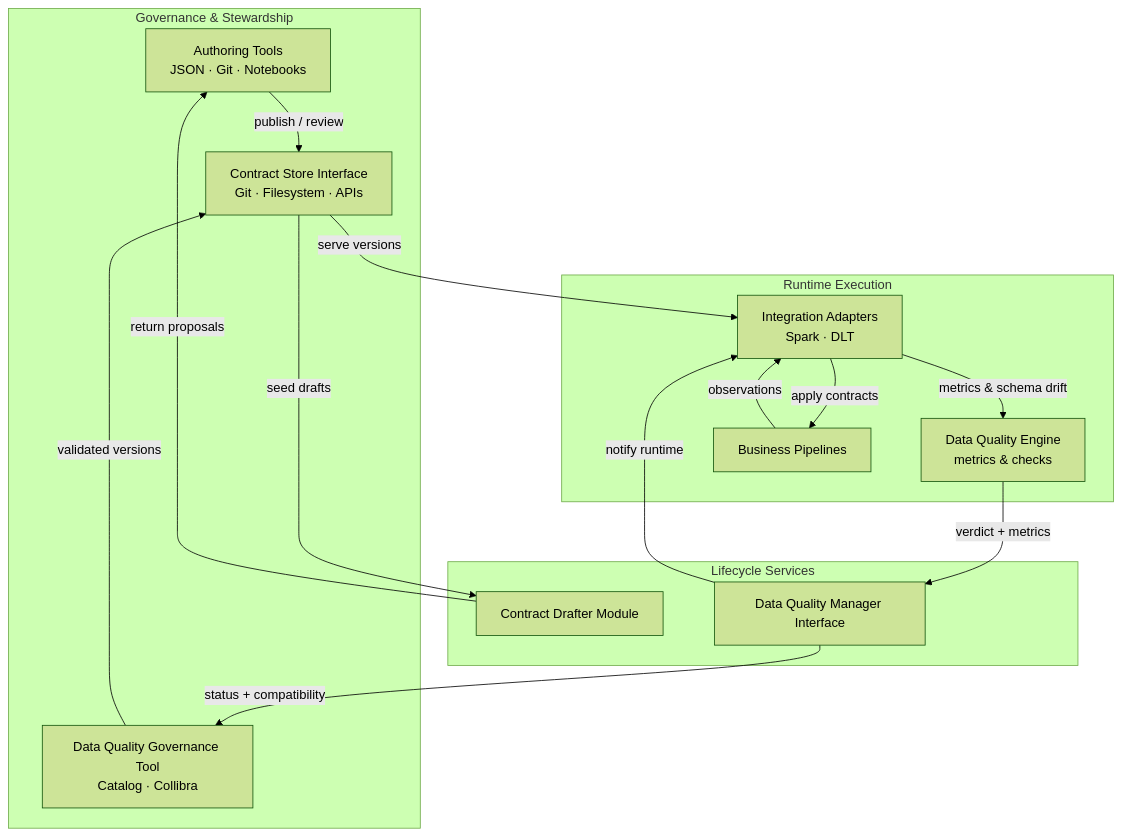
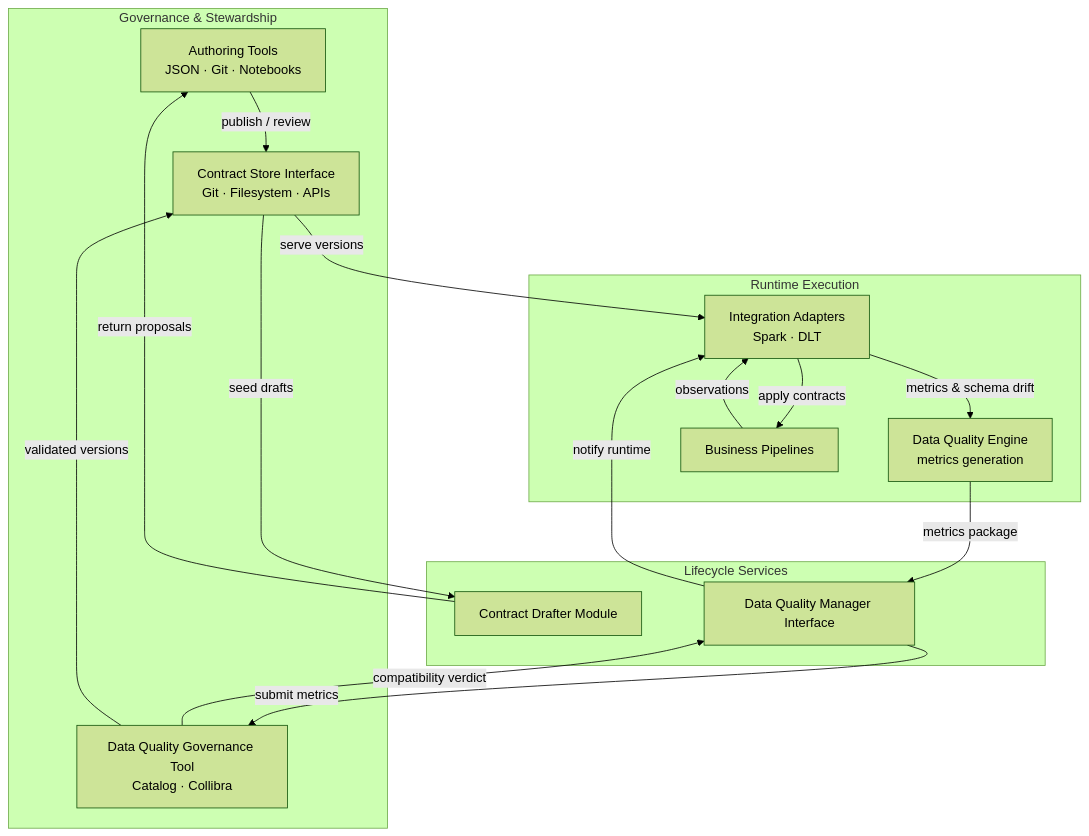
Before and after one commit to NextLab-SRL/dc43: the first of 2 diagrams in README.md, drawn with Mermaid (forest theme). The commit also changed other lines of this file and 8 other files, not shown here.

````diff
--- a/README.md
+++ b/README.md
@@ -45,31 +45,32 @@
 ```mermaid
 flowchart TD
     subgraph Governance & Stewardship
         Authoring["Authoring Tools\nJSON · Git · Notebooks"]
         ContractStore["Contract Store Interface\nGit · Filesystem · APIs"]
         DQTool["Data Quality Governance Tool\nCatalog · Collibra"]
     end
 
     subgraph Lifecycle Services
         DraftModule["Contract Drafter Module"]
         DQManager["Data Quality Manager Interface"]
     end
 
     subgraph Runtime Execution
-        DQEngine["Data Quality Engine\nmetrics & checks"]
+        DQEngine["Data Quality Engine\nmetrics generation"]
         IOHelpers["Integration Adapters\nSpark · DLT"]
         Pipelines["Business Pipelines"]
     end
 
     Authoring -->|publish / review| ContractStore
     ContractStore -->|serve versions| IOHelpers
     ContractStore -->|seed drafts| DraftModule
     DraftModule -->|return proposals| Authoring
     IOHelpers -->|apply contracts| Pipelines
     Pipelines -->|observations| IOHelpers
     IOHelpers -->|metrics & schema drift| DQEngine
-    DQEngine -->|verdict + metrics| DQManager
-    DQManager -->|status + compatibility| DQTool
+    DQEngine -->|metrics package| DQManager
+    DQManager -->|submit metrics| DQTool
+    DQTool -->|compatibility verdict| DQManager
     DQTool -->|validated versions| ContractStore
     DQManager -->|notify runtime| IOHelpers
 ```
````
